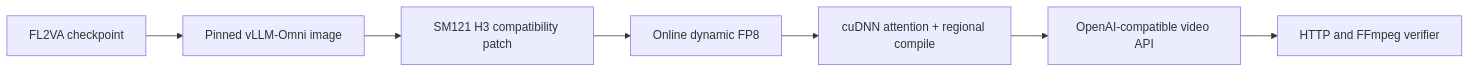
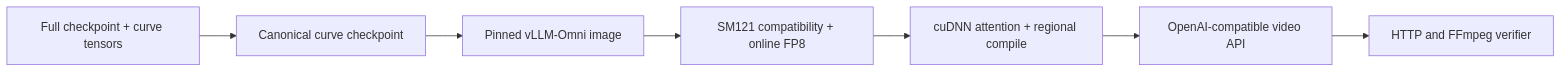
One commit to joeynyc/MiniMax-H3-DGX-Spark changed the diagram in README.md. Above: the diagram before and after it, drawn with Mermaid. The commit also changed other lines of this file and 29 other files, not shown here.

````diff
--- a/README.md
+++ b/README.md
@@ -53,9 +56,9 @@
 ```mermaid
 flowchart LR
-    A[FL2VA checkpoint] --> B[Pinned vLLM-Omni image]
-    B --> C[SM121 H3 compatibility patch]
-    C --> D[Online dynamic FP8]
+    A[Full checkpoint + curve tensors] --> B[Canonical curve checkpoint]
+    B --> C[Pinned vLLM-Omni image]
+    C --> D[SM121 compatibility + online FP8]
     D --> E[cuDNN attention + regional compile]
     E --> F[OpenAI-compatible video API]
     F --> G[HTTP and FFmpeg verifier]
 ```
````
